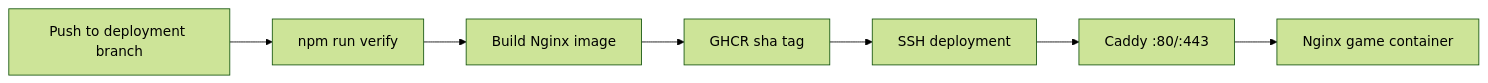
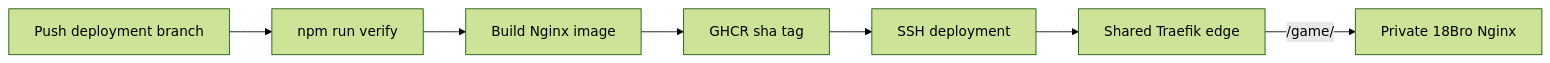
One commit to bakedbrioche/18bro-web-game changed the diagram in llm-corner/docs/architecture/deployment.md. Above: the diagram before and after it, drawn with Mermaid (forest theme). The commit also changed other lines of this file and 7 other files, not shown here.

Commit message:
feat: register game on shared Traefik edge

````diff
--- a/llm-corner/docs/architecture/deployment.md
+++ b/llm-corner/docs/architecture/deployment.md
@@ -5,9 +7,9 @@
 ```mermaid
 flowchart LR
-  P[Push to deployment branch] --> V[npm run verify]
+  P[Push deployment branch] --> V[npm run verify]
   V --> B[Build Nginx image]
   B --> G[GHCR sha tag]
   G --> S[SSH deployment]
-  S --> C[Caddy :80/:443]
-  C --> N[Nginx game container]
+  S --> T[Shared Traefik edge]
+  T -->|/game/| N[Private 18Bro Nginx]
 ```
````
